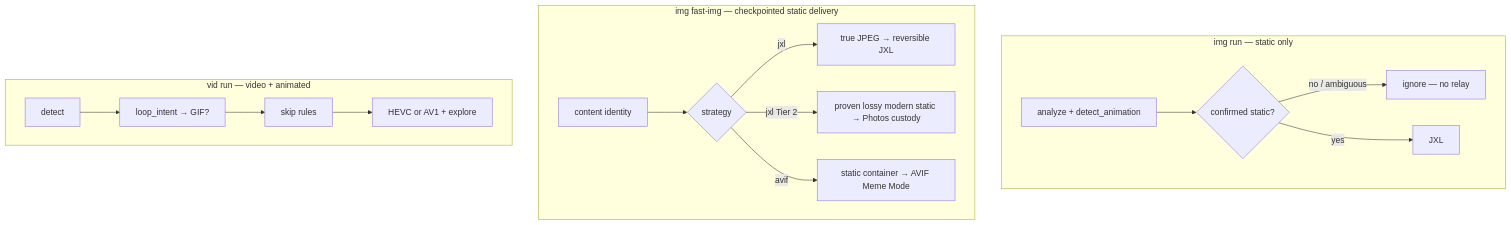
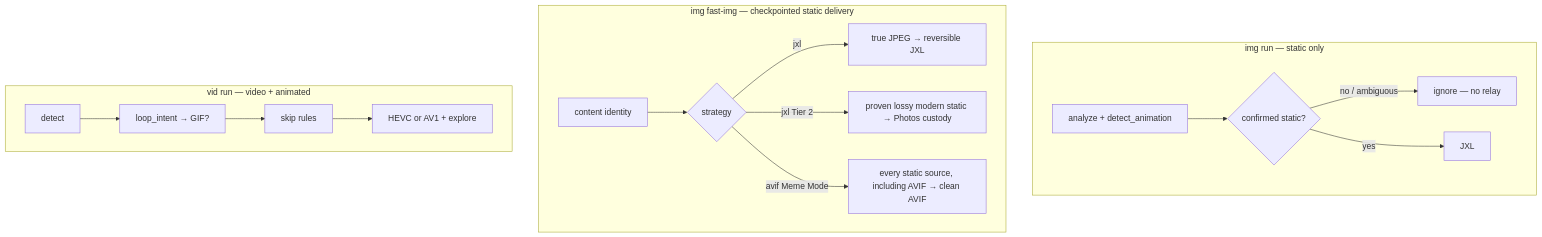
Before and after one commit to nowaytouse/modern-format-boost: the diagram in README.md, drawn with Mermaid. The commit also changed other lines of this file and 17 other files, not shown here.

````diff
--- a/README.md
+++ b/README.md
@@ -351,19 +372,19 @@
 ```mermaid
 flowchart TD
   subgraph img_run ["img run — static only"]
     A[analyze + detect_animation] --> B{confirmed static?}
     B -->|no / ambiguous| I[ignore — no relay]
     B -->|yes| C[JXL]
   end
   subgraph fast_img ["img fast-img — checkpointed static delivery"]
     K[content identity] --> L{strategy}
     L -->|jxl| M[true JPEG → reversible JXL]
     L -->|jxl Tier 2| N[proven lossy modern static → Photos custody]
-    L -->|avif| O[static container → AVIF Meme Mode]
+    L -->|avif Meme Mode| O[every static source, including AVIF → clean AVIF]
   end
   subgraph vid_run ["vid run — video + animated"]
     F[detect] --> G[loop_intent → GIF?]
     G --> H[skip rules]
     H --> J[HEVC or AV1 + explore]
   end
 ```
````
